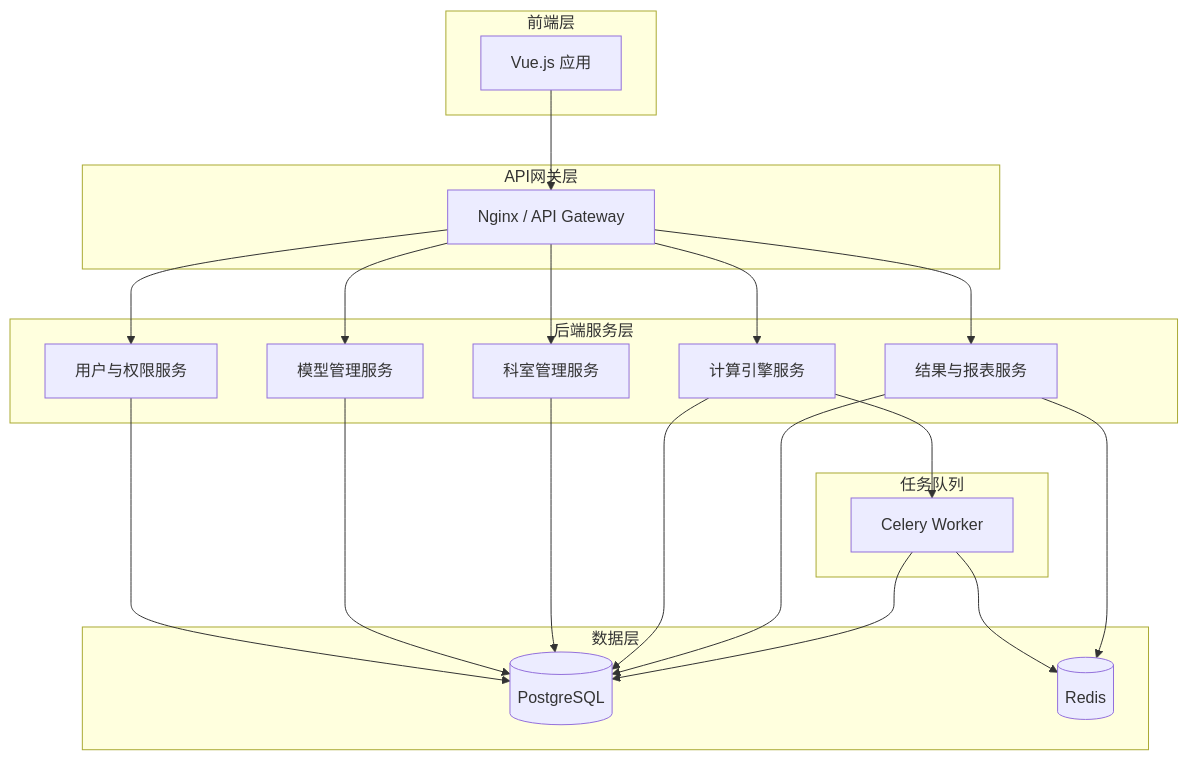
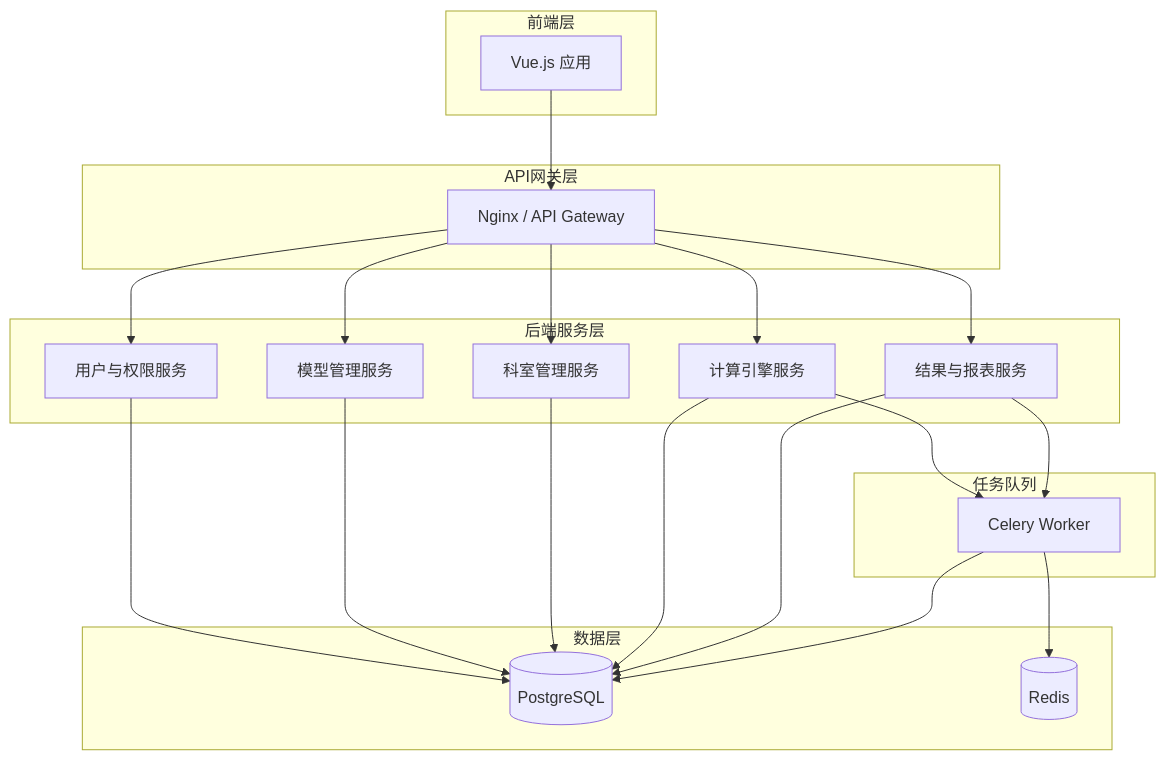
Before and after one commit to xiedidan/first-calc-toolkit: the diagram in 系统设计文档.md, drawn with Mermaid. The commit also changed other lines of this file and 1 other file, not shown here.

````diff
--- a/系统设计文档.md
+++ b/系统设计文档.md
@@ -31,43 +31,43 @@
 ```mermaid
 graph TB
     subgraph "前端层"
         A[Vue.js 应用]
     end
 
     subgraph "API网关层"
         B[Nginx / API Gateway]
     end
 
     subgraph "后端服务层"
         C[用户与权限服务]
         D[模型管理服务]
         E[科室管理服务]
         F[计算引擎服务]
         G[结果与报表服务]
     end
 
     subgraph "数据层"
         H[(PostgreSQL)]
         I[(Redis)]
     end
 
     subgraph "任务队列"
         J[Celery Worker]
     end
 
     A --> B
     B --> C
     B --> D
     B --> E
     B --> F
     B --> G
     F --> J
     C --> H
     D --> H
     E --> H
     F --> H
     G --> H
     J --> H
     J --> I
-    G --> I
+    G --> J
 ```
````
